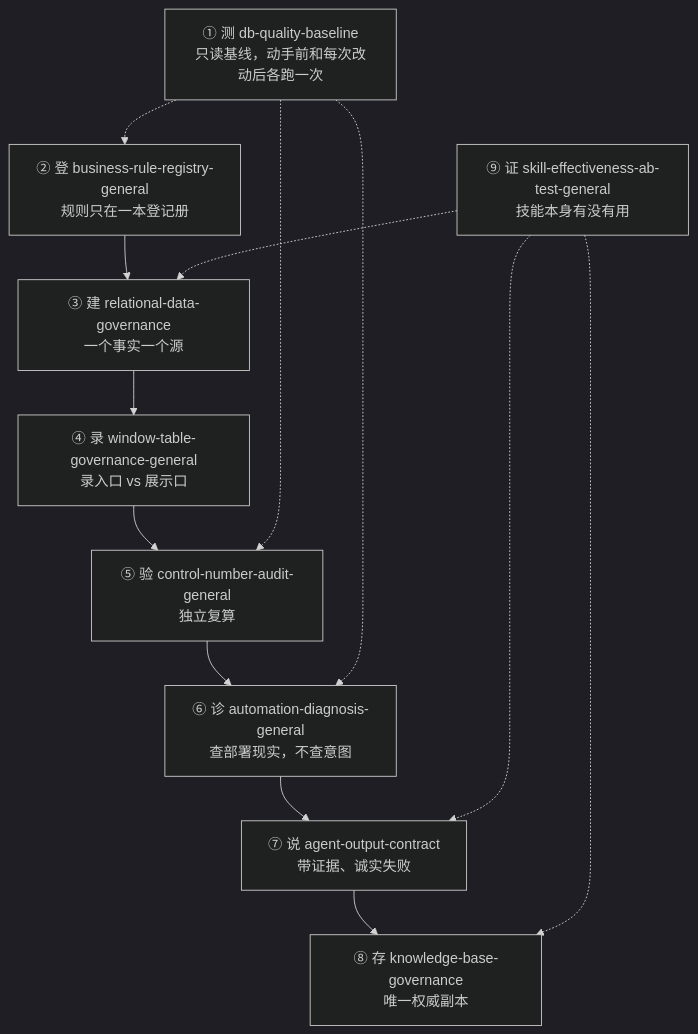
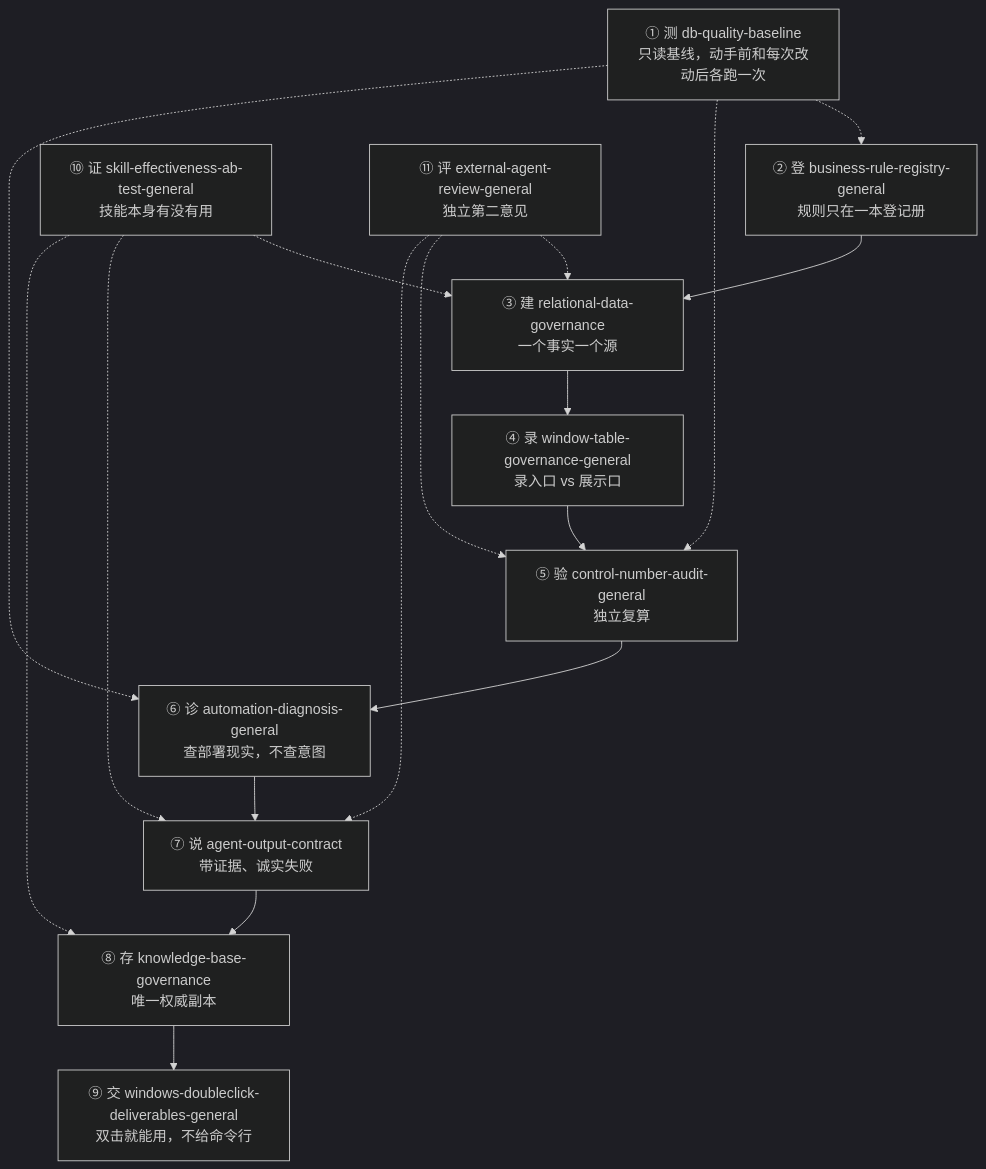
The second of 2 diagrams in README.md (GG-yangliu/agent-governance-skills), drawn with Mermaid (dark theme) before and after one commit. The commit also changed other lines of this file and 5 other files, not shown here.

First line of the commit message:
v7：新增 windows-doubleclick-deliverables-general 与 external-agent-review-general（九个→十一个）

````diff
--- a/README.md
+++ b/README.md
@@ -111,25 +119,31 @@
 ```mermaid
 flowchart TD
     F["① 测 db-quality-baseline<br/>只读基线，动手前和每次改动后各跑一次"]
     H["② 登 business-rule-registry-general<br/>规则只在一本登记册"]
     A["③ 建 relational-data-governance<br/>一个事实一个源"]
     B["④ 录 window-table-governance-general<br/>录入口 vs 展示口"]
     C["⑤ 验 control-number-audit-general<br/>独立复算"]
     I["⑥ 诊 automation-diagnosis-general<br/>查部署现实，不查意图"]
     D["⑦ 说 agent-output-contract<br/>带证据、诚实失败"]
     E["⑧ 存 knowledge-base-governance<br/>唯一权威副本"]
-    G["⑨ 证 skill-effectiveness-ab-test-general<br/>技能本身有没有用"]
+    J["⑨ 交 windows-doubleclick-deliverables-general<br/>双击就能用，不给命令行"]
+    G["⑩ 证 skill-effectiveness-ab-test-general<br/>技能本身有没有用"]
+    K["⑪ 评 external-agent-review-general<br/>独立第二意见"]
 
     H --> A
     A --> B
     B --> C
     C --> I
     I --> D
     D --> E
+    E --> J
     F -.-> H
     F -.-> C
     F -.-> I
     G -.-> A
     G -.-> D
     G -.-> E
+    K -.-> A
+    K -.-> C
+    K -.-> D
 ```
````
